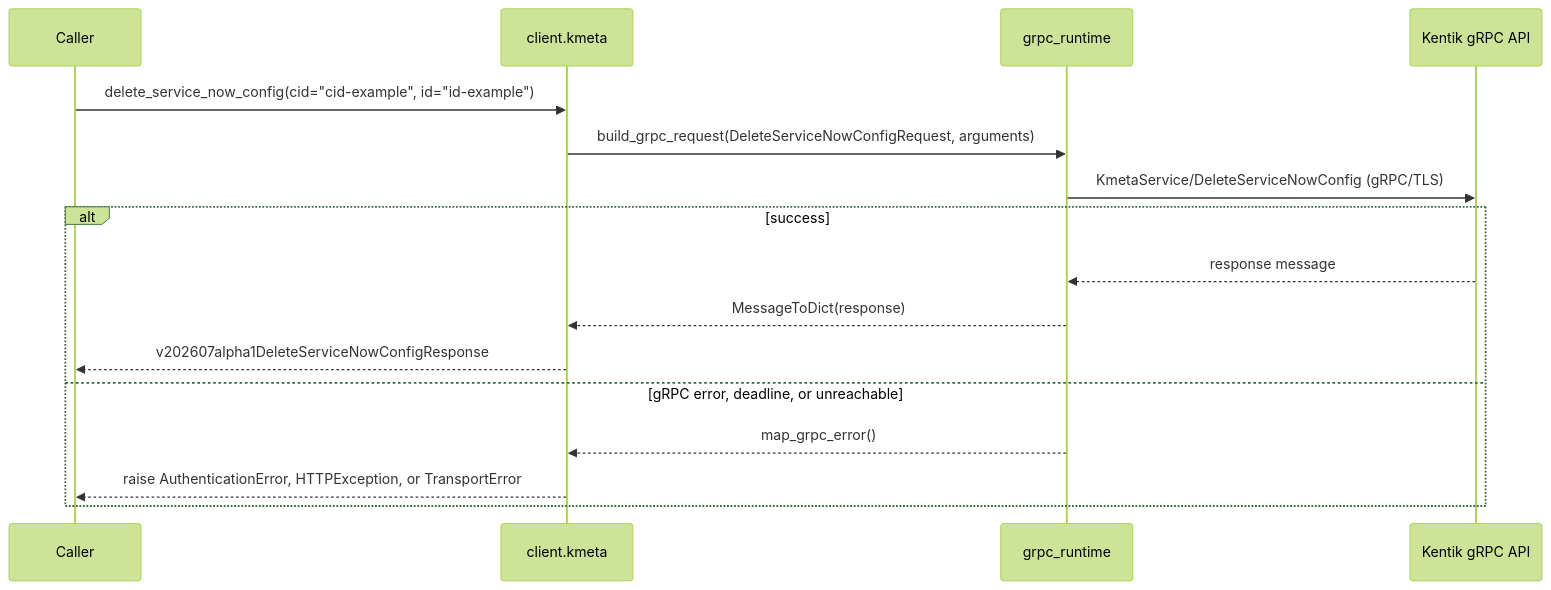
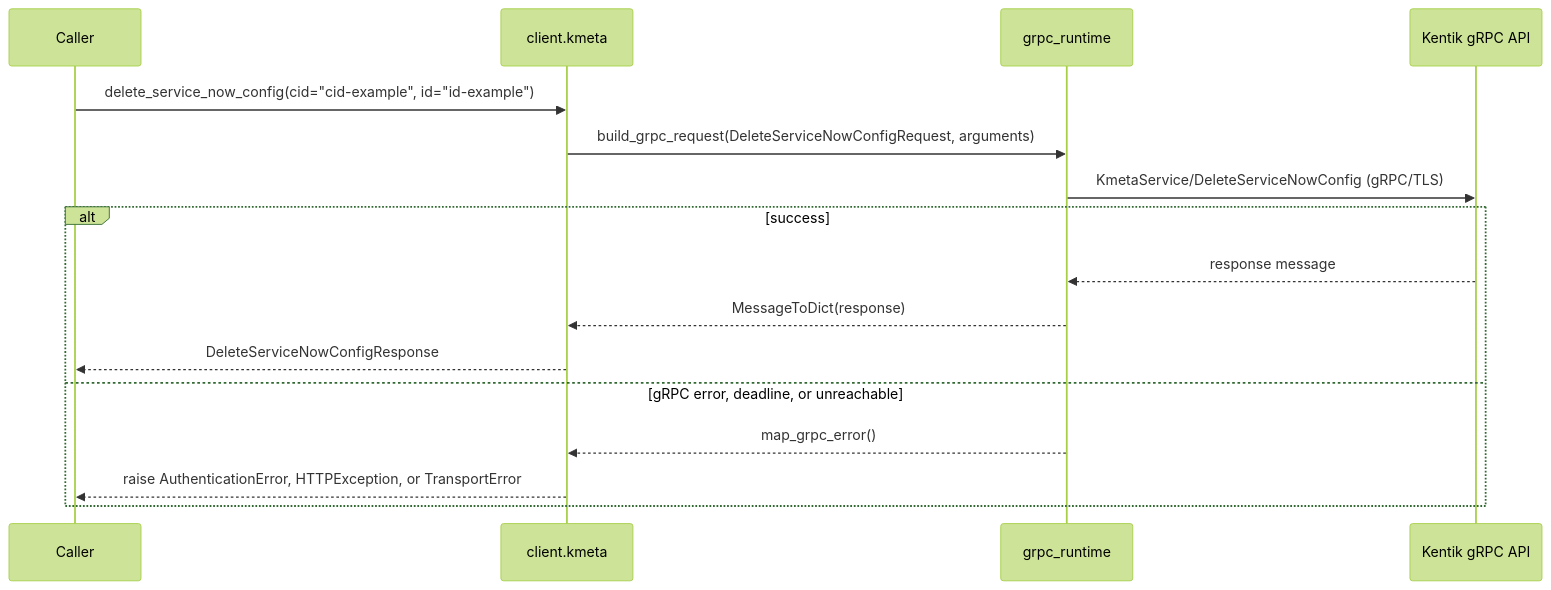
Diagram 11 of 12 in docs/sphinx/services/kmeta.md (alexdearaujo/community_sdk_python), drawn with Mermaid (forest theme) before and after one commit. The commit also changed other lines of this file and 38 other files, not shown here.

````diff
--- a/docs/sphinx/services/kmeta.md
+++ b/docs/sphinx/services/kmeta.md
@@ -371,19 +371,19 @@
 ```mermaid
 sequenceDiagram
     participant C as Caller
     participant W as client.kmeta
     participant R as grpc_runtime
     participant API as Kentik gRPC API
 
     C->>W: delete_service_now_config(cid="cid-example", id="id-example")
     W->>R: build_grpc_request(DeleteServiceNowConfigRequest, arguments)
     R->>API: KmetaService/DeleteServiceNowConfig (gRPC/TLS)
     alt success
         API-->>R: response message
         R-->>W: MessageToDict(response)
-        W-->>C: v202607alpha1DeleteServiceNowConfigResponse
+        W-->>C: DeleteServiceNowConfigResponse
     else gRPC error, deadline, or unreachable
         R-->>W: map_grpc_error()
         W-->>C: raise AuthenticationError, HTTPException, or TransportError
     end
 ```
````
